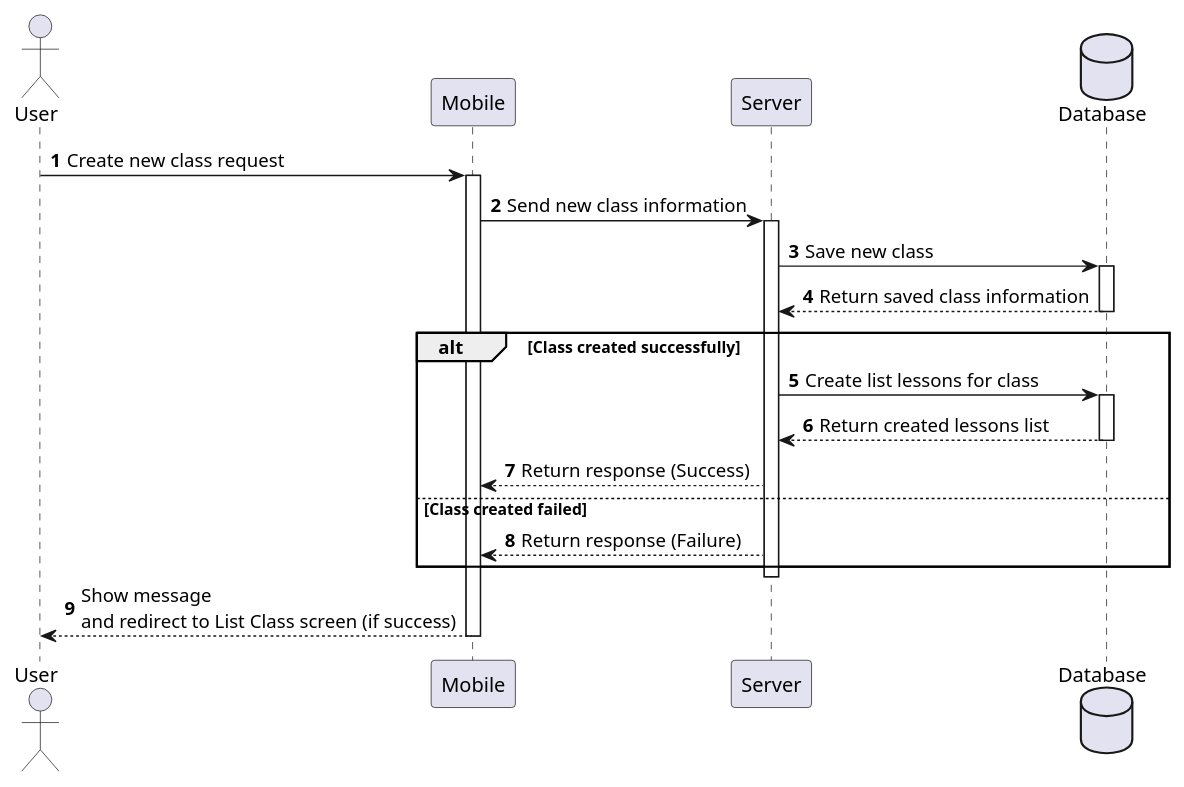
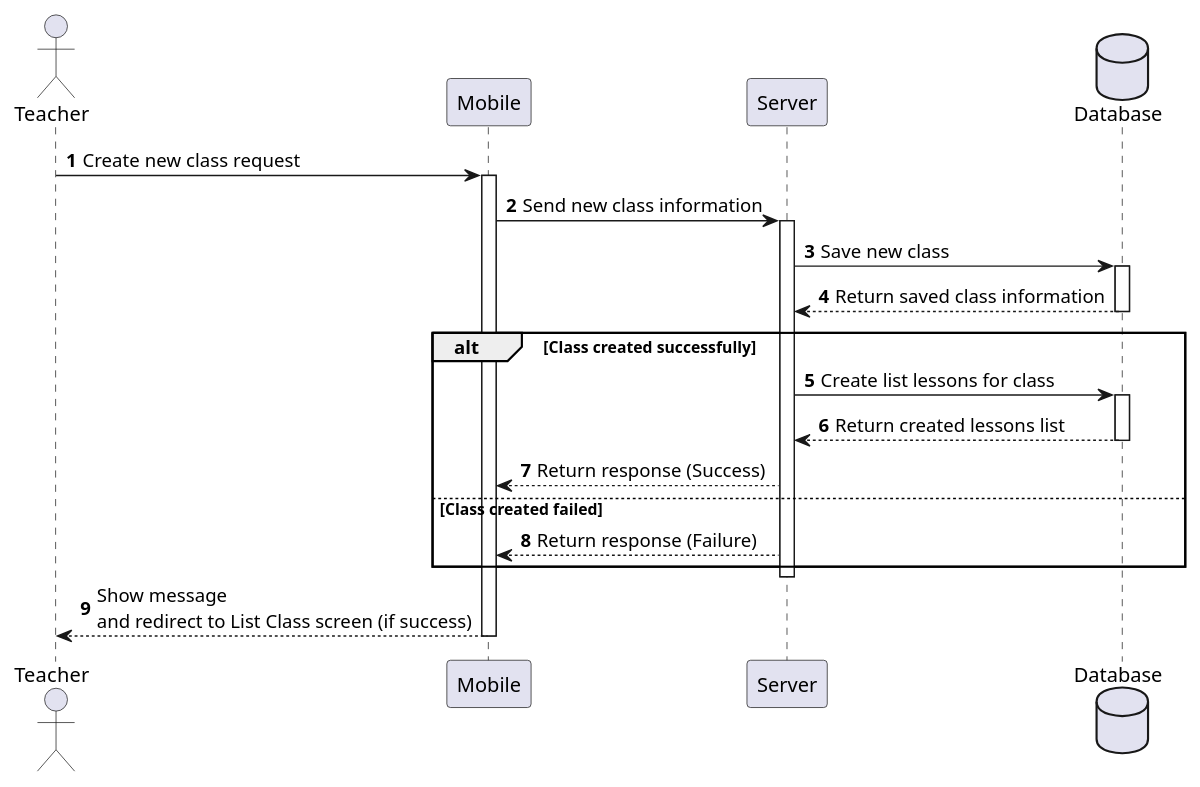
Before and after one commit to myDUT/mydut-backend: the diagram in diagram/sequence_diagram/CreateClass.puml, drawn with PlantUML. The commit also changed 3 other files, not shown here.

Commit message:
update diagram

```diff
--- a/diagram/sequence_diagram/CreateClass.puml
+++ b/diagram/sequence_diagram/CreateClass.puml
@@ -1,35 +1,35 @@
 @startuml
 'https://plantuml.com/sequence-diagram
 
 autonumber
 
-actor User as user
+actor Teacher as user
 participant Mobile as mobile
 participant Server as server
 database Database as database
 
 user -> mobile: Create new class request
 activate mobile
 mobile -> server: Send new class information
 activate server
 server -> database: Save new class
 activate database
 database --> server: Return saved class information
 deactivate database
 
 alt Class created successfully
     server -> database: Create list lessons for class
     activate database
     database --> server: Return created lessons list
     deactivate database
     server --> mobile: Return response (Success)
 else Class created failed
     server --> mobile: Return response (Failure)
 end
 deactivate server
 
 mobile --> user: Show message \nand redirect to List Class screen (if success)
 
 deactivate mobile
 
 @enduml
```
